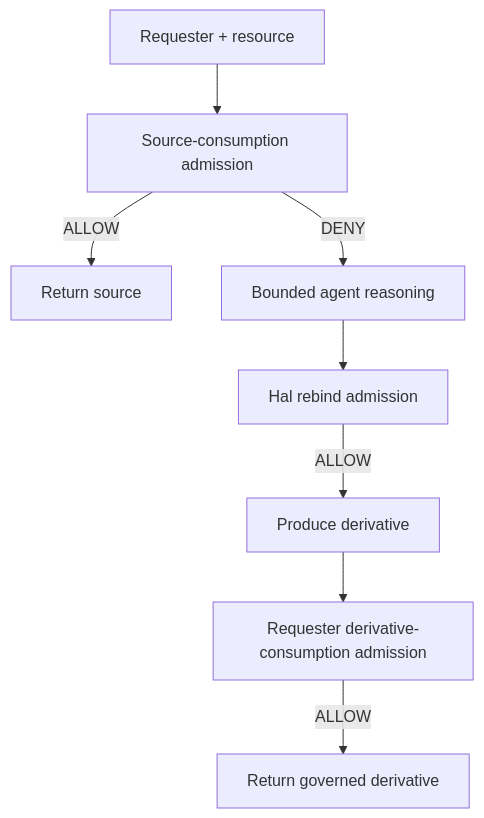
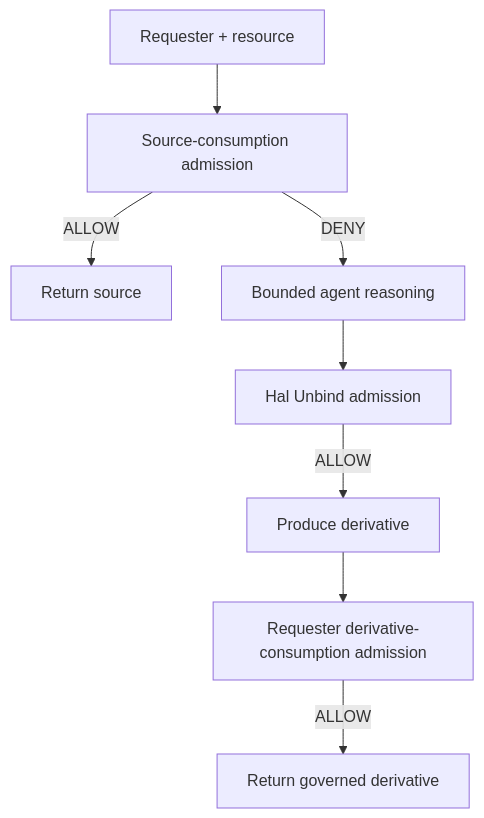
Diagram 15 of 16 in doc/ARCHITECTURE.md (onzelf/openhealth-cdi), drawn with Mermaid before and after one commit. The commit also changed other lines of this file and 26 other files, not shown here.

````diff
--- a/doc/ARCHITECTURE.md
+++ b/doc/ARCHITECTURE.md
@@ -454,13 +454,13 @@
 ```mermaid
 flowchart TB
     R["Requester + resource"]
     S["Source-consumption admission"]
 
     R --> S
     S -->|"ALLOW"| Direct["Return source"]
     S -->|"DENY"| Reason["Bounded agent reasoning"]
-    Reason --> Rebind["Hal rebind admission"]
-    Rebind -->|"ALLOW"| Deriv["Produce derivative"]
+    Reason --> Unbind["Hal Unbind admission"]
+    Unbind -->|"ALLOW"| Deriv["Produce derivative"]
     Deriv --> Release["Requester derivative-consumption admission"]
     Release -->|"ALLOW"| Out["Return governed derivative"]
 ```
````
